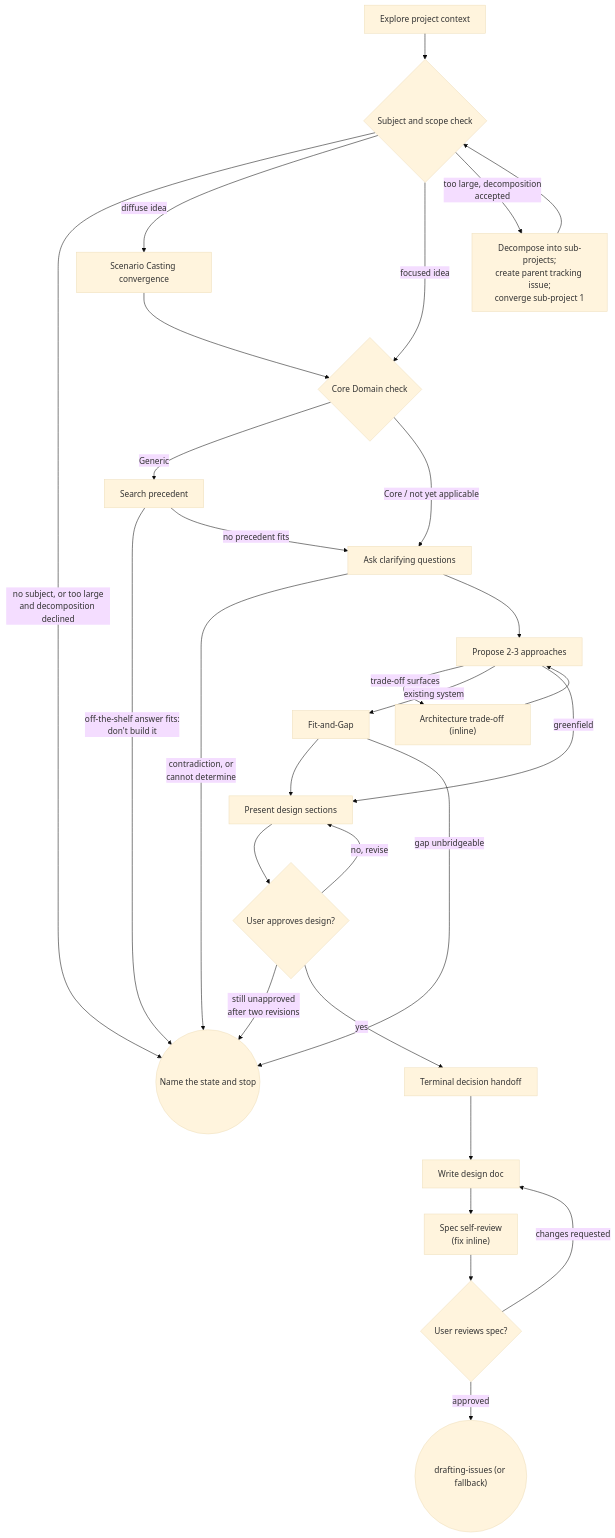
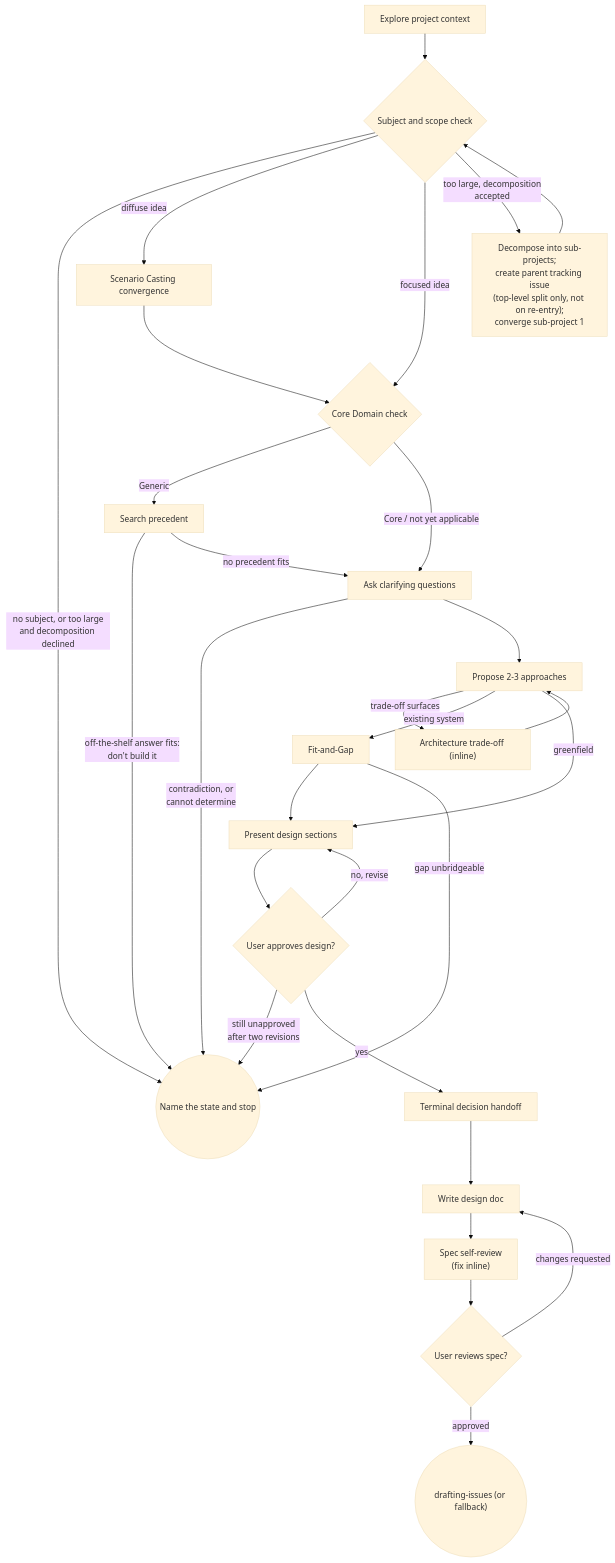
The diagram in skills/eliciting-a-design/SKILL.md (tvna/gitapex), drawn with Mermaid (base theme) before and after one commit. The commit also changed other lines of this file and 1 other file, not shown here.

First line of the commit message:
fix(eliciting-a-design,drafting-an-acm-issue): step-8 refactor + adversarial review fixes

````diff
--- a/skills/eliciting-a-design/SKILL.md
+++ b/skills/eliciting-a-design/SKILL.md
@@ -60,50 +60,50 @@
 ```mermaid
 flowchart TD
     explore["Explore project context"]
     scope{"Subject and scope check"}
     core{"Core Domain check"}
     precedent["Search precedent"]
     scenario["Scenario Casting convergence"]
     ask["Ask clarifying questions"]
     stop(("Name the state and stop"))
     approaches["Propose 2-3 approaches"]
     tradeoff["Architecture trade-off (inline)"]
     fitgap["Fit-and-Gap"]
     present["Present design sections"]
     approved{"User approves design?"}
     handoff["Terminal decision handoff"]
     writedoc["Write design doc"]
     selfreview["Spec self-review<br/>(fix inline)"]
     userreview{"User reviews spec?"}
     issueformalize(("drafting-issues (or fallback)"))
-    decompose["Decompose into sub-projects;<br/>create parent tracking issue;<br/>converge sub-project 1"]
+    decompose["Decompose into sub-projects;<br/>create parent tracking issue<br/>(top-level split only, not on re-entry);<br/>converge sub-project 1"]
 
     explore --> scope
     scope -->|"no subject, or too large<br/>and decomposition declined"| stop
     scope -->|"diffuse idea"| scenario
     scope -->|"focused idea"| core
     scope -->|"too large, decomposition<br/>accepted"| decompose
     decompose --> scope
     scenario --> core
     core -->|"Generic"| precedent
     core -->|"Core / not yet applicable"| ask
     precedent -->|"off-the-shelf answer fits:<br/>don't build it"| stop
     precedent -->|"no precedent fits"| ask
     ask -->|"contradiction, or<br/>cannot determine"| stop
     ask --> approaches
     approaches -->|"trade-off surfaces"| tradeoff
     tradeoff --> approaches
     approaches -->|"existing system"| fitgap
     approaches -->|"greenfield"| present
     fitgap --> present
     fitgap -->|"gap unbridgeable"| stop
     present --> approved
     approved -->|"no, revise"| present
     approved -->|"still unapproved<br/>after two revisions"| stop
     approved -->|"yes"| handoff
     handoff --> writedoc
     writedoc --> selfreview
     selfreview --> userreview
     userreview -->|"changes requested"| writedoc
     userreview -->|"approved"| issueformalize
 ```
````
